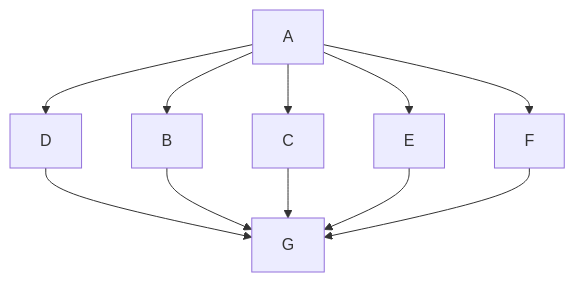
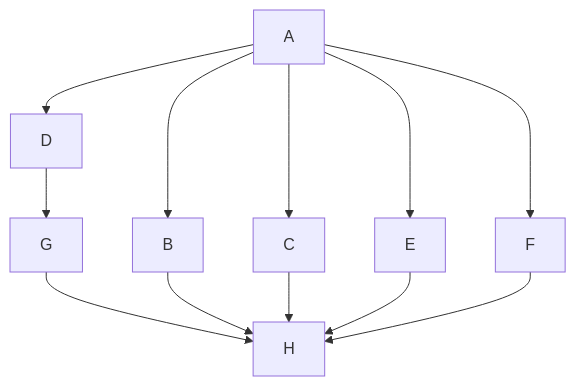
One commit to Thesacraft/Time changed the diagram in docs/TODOLIST.md. Above: the diagram before and after it, drawn with Mermaid.

````diff
--- a/docs/TODOLIST.md
+++ b/docs/TODOLIST.md
@@ -17,13 +17,14 @@
 ```mermaid
 graph TD;
     A-->B;
     A-->C;
     A-->D;
     A-->E;
     A-->F;
     D-->G;
-    B-->G;
-    C-->G;
-    E-->G;
-    F-->G;
+    G-->H;
+    B-->H;
+    C-->H;
+    E-->H;
+    F-->H;
  ```
````
